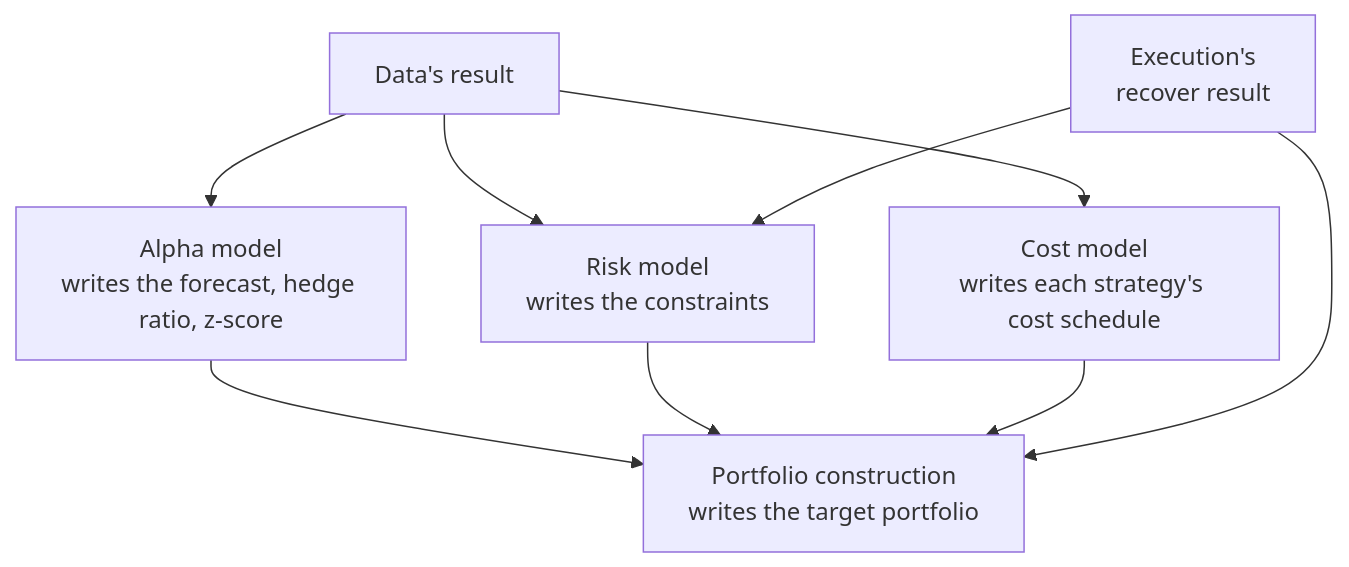
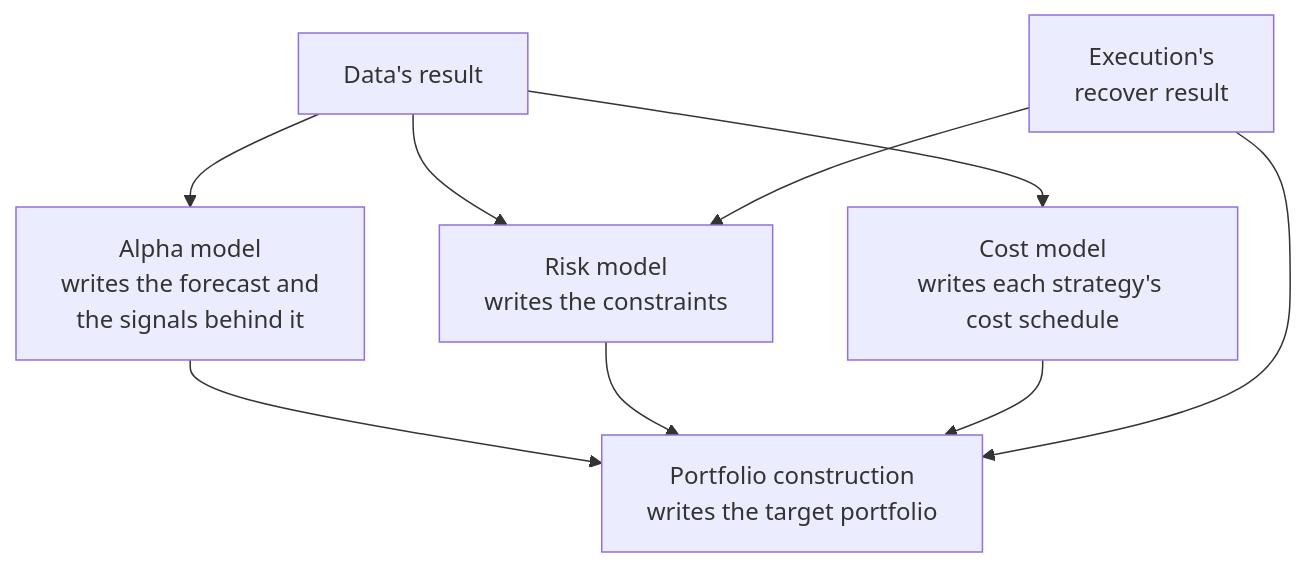
One commit to l3a0/ithildin-runtime changed the eighth of 18 diagrams in docs/architecture/06-runtime.md. Above: the diagram before and after it, drawn with Mermaid. The commit also changed other lines of this file and 10 other files, not shown here.

````diff
--- a/docs/architecture/06-runtime.md
+++ b/docs/architecture/06-runtime.md
@@ -501,11 +501,11 @@
 ```mermaid
 flowchart TB
-    data["Data's result"] --> alpha["Alpha model<br/>writes the forecast, hedge ratio, z-score"]
+    data["Data's result"] --> alpha["Alpha model<br/>writes the forecast and<br/>the signals behind it"]
     data --> risk["Risk model<br/>writes the constraints"]
     data --> cost["Cost model<br/>writes each strategy's cost schedule"]
     alpha --> pc["Portfolio construction<br/>writes the target portfolio"]
     risk --> pc
     cost --> pc
     recover["Execution's<br/>recover result"] --> risk
     recover --> pc
 ```
````
